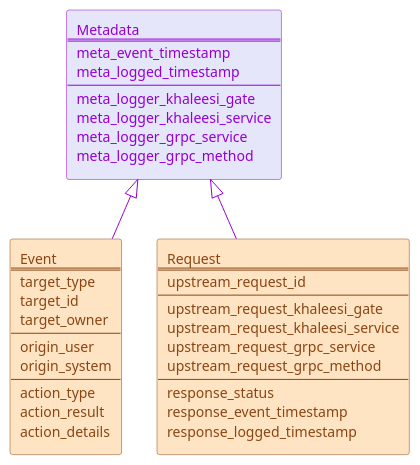
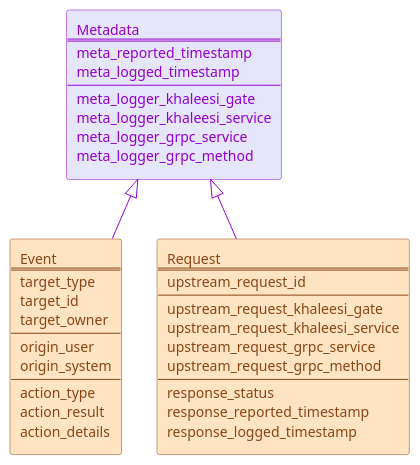
The diagram in documentation/images/logical-structure/core-sawmill.puml (LanDinh/khaleesi-ninja), drawn with PlantUML before and after one commit. The commit also changed 8 other files, not shown here.

```diff
--- a/documentation/images/logical-structure/core-sawmill.puml
+++ b/documentation/images/logical-structure/core-sawmill.puml
@@ -1,62 +1,62 @@
 @startuml
 ' ********************************************* STYLE **********************************************
 <style>
 agent {
   BackgroundColor lavender
   LineColor darkviolet
   FontColor darkviolet
 }
 rectangle {
   BackgroundColor bisque
   LineColor saddlebrown
   FontColor saddlebrown
 }
 </style>
 
 ' ******************************************** OBJECTS *********************************************
 agent metadata[
   Metadata
   ====
-  meta_event_timestamp
+  meta_reported_timestamp
   meta_logged_timestamp
   ----
   meta_logger_khaleesi_gate
   meta_logger_khaleesi_service
   meta_logger_grpc_service
   meta_logger_grpc_method
 ]
 
 rectangle event [
   Event
   ====
   target_type
   target_id
   target_owner
   ----
   origin_user
   origin_system
   ----
   action_type
   action_result
   action_details
 ]
 rectangle request [
   Request
   ====
   upstream_request_id
   ----
   upstream_request_khaleesi_gate
   upstream_request_khaleesi_service
   upstream_request_grpc_service
   upstream_request_grpc_method
   ----
   response_status
-  response_event_timestamp
+  response_reported_timestamp
   response_logged_timestamp
 ]
 
 ' ******************************************* RELATIONS ********************************************
 metadata ^-- event #darkviolet;text:darkviolet
 metadata ^-- request #darkviolet;text:darkviolet
 
 @enduml
```
